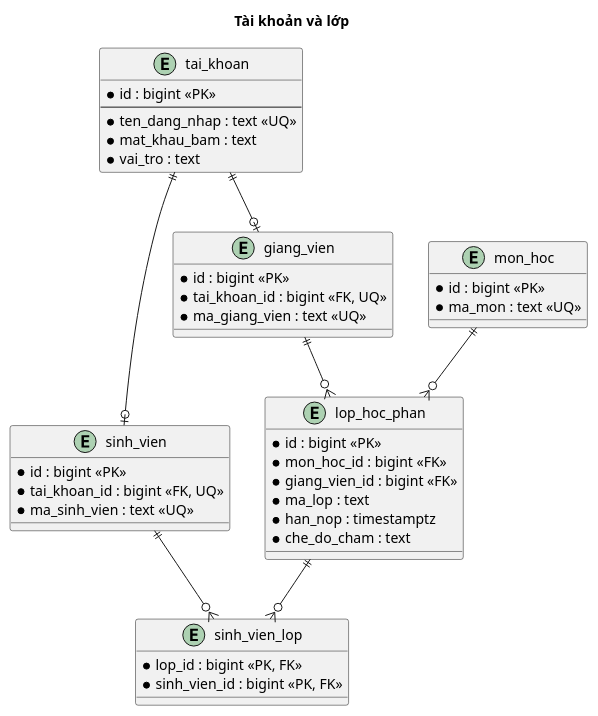
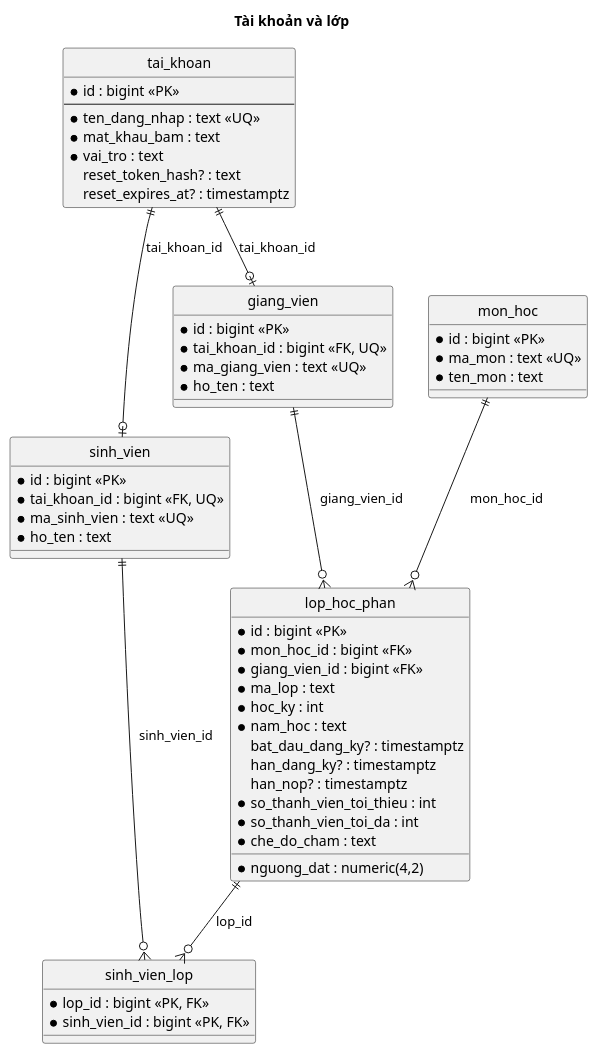
One commit to lam-vu6868/HTQL_TieuLuan_DoAN changed the first of 3 diagrams in 04-thiet-ke-co-so-du-lieu.md. Above: the diagram before and after it, drawn with PlantUML. The commit also changed other lines of this file and 17 other files, not shown here.

````diff
--- a/04-thiet-ke-co-so-du-lieu.md
+++ b/04-thiet-ke-co-so-du-lieu.md
@@ -15,44 +19,57 @@
 ```plantuml
 @startuml
 title Tài khoản và lớp
+hide circle
 entity tai_khoan {
   * id : bigint <<PK>>
   --
   * ten_dang_nhap : text <<UQ>>
   * mat_khau_bam : text
   * vai_tro : text
+  reset_token_hash? : text
+  reset_expires_at? : timestamptz
 }
 entity sinh_vien {
   * id : bigint <<PK>>
   * tai_khoan_id : bigint <<FK, UQ>>
   * ma_sinh_vien : text <<UQ>>
+  * ho_ten : text
 }
 entity giang_vien {
   * id : bigint <<PK>>
   * tai_khoan_id : bigint <<FK, UQ>>
   * ma_giang_vien : text <<UQ>>
+  * ho_ten : text
 }
 entity mon_hoc {
   * id : bigint <<PK>>
   * ma_mon : text <<UQ>>
+  * ten_mon : text
 }
 entity lop_hoc_phan {
   * id : bigint <<PK>>
   * mon_hoc_id : bigint <<FK>>
   * giang_vien_id : bigint <<FK>>
   * ma_lop : text
-  * han_nop : timestamptz
+  * hoc_ky : int
+  * nam_hoc : text
+  bat_dau_dang_ky? : timestamptz
+  han_dang_ky? : timestamptz
+  han_nop? : timestamptz
+  * so_thanh_vien_toi_thieu : int
+  * so_thanh_vien_toi_da : int
   * che_do_cham : text
+  * nguong_dat : numeric(4,2)
 }
 entity sinh_vien_lop {
   * lop_id : bigint <<PK, FK>>
   * sinh_vien_id : bigint <<PK, FK>>
 }
-tai_khoan ||--o| sinh_vien
-tai_khoan ||--o| giang_vien
-mon_hoc ||--o{ lop_hoc_phan
-giang_vien ||--o{ lop_hoc_phan
-lop_hoc_phan ||--o{ sinh_vien_lop
-sinh_vien ||--o{ sinh_vien_lop
+tai_khoan ||--o| sinh_vien : tai_khoan_id
+tai_khoan ||--o| giang_vien : tai_khoan_id
+mon_hoc ||--o{ lop_hoc_phan : mon_hoc_id
+giang_vien ||--o{ lop_hoc_phan : giang_vien_id
+lop_hoc_phan ||--o{ sinh_vien_lop : lop_id
+sinh_vien ||--o{ sinh_vien_lop : sinh_vien_id
 @enduml
 ```
````
